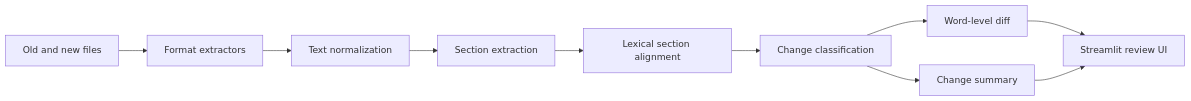
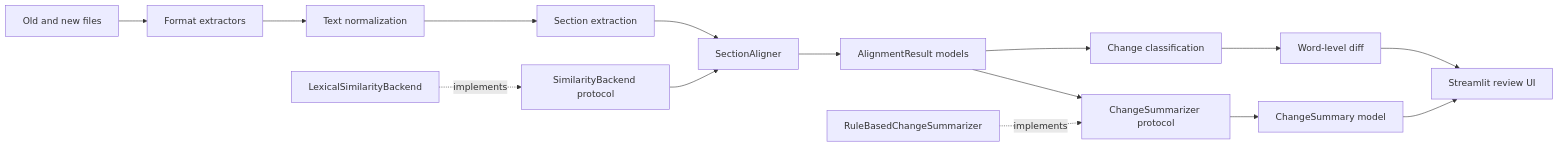
The diagram in README.md (cfuglestad/doc-drift-analyzer), drawn with Mermaid before and after one commit. The commit also changed other lines of this file and 1 other file, not shown here.

````diff
--- a/README.md
+++ b/README.md
@@ -41,12 +42,17 @@
 ```mermaid
 flowchart LR
     A[Old and new files] --> B[Format extractors]
     B --> C[Text normalization]
     C --> D[Section extraction]
-    D --> E[Lexical section alignment]
-    E --> F[Change classification]
-    F --> G[Word-level diff]
-    F --> H[Change summary]
-    G --> I[Streamlit review UI]
-    H --> I
+    D --> E[SectionAligner]
+    J[SimilarityBackend protocol] --> E
+    K[LexicalSimilarityBackend] -. implements .-> J
+    E --> F[AlignmentResult models]
+    F --> G[Change classification]
+    F --> H[ChangeSummarizer protocol]
+    L[RuleBasedChangeSummarizer] -. implements .-> H
+    G --> I[Word-level diff]
+    H --> M[ChangeSummary model]
+    I --> N[Streamlit review UI]
+    M --> N
 ```
````
